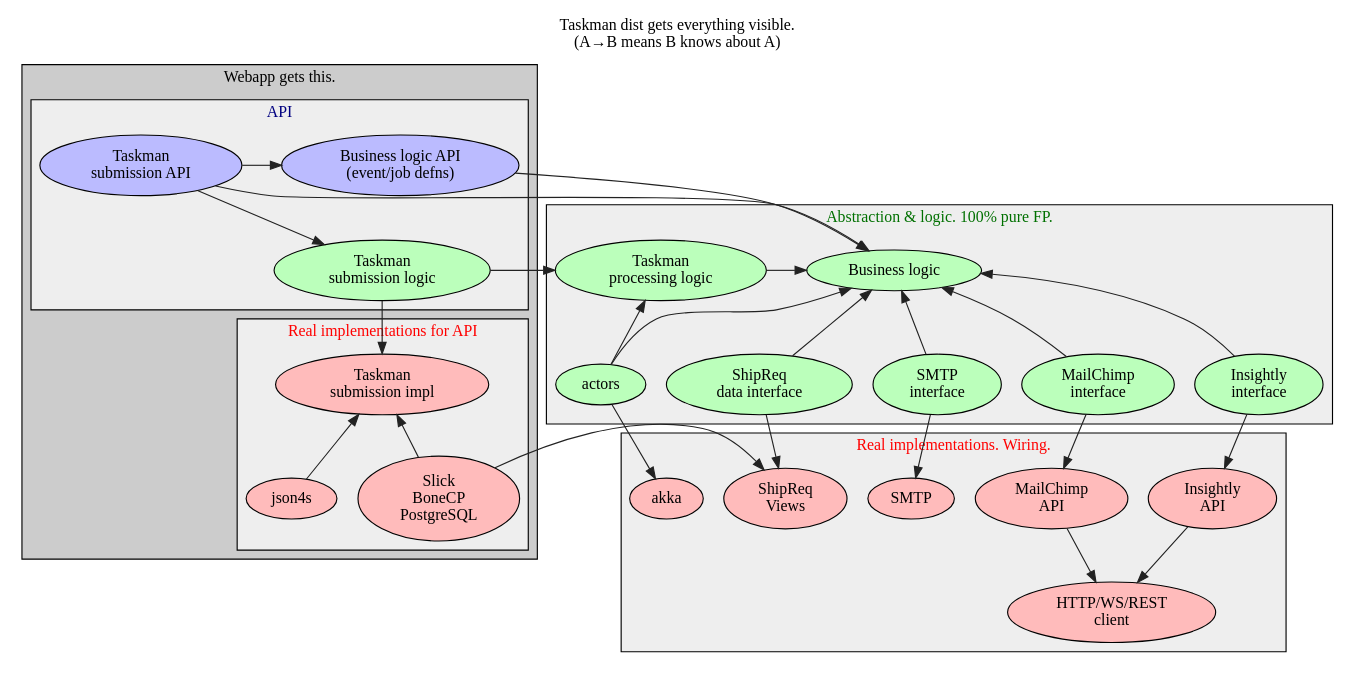
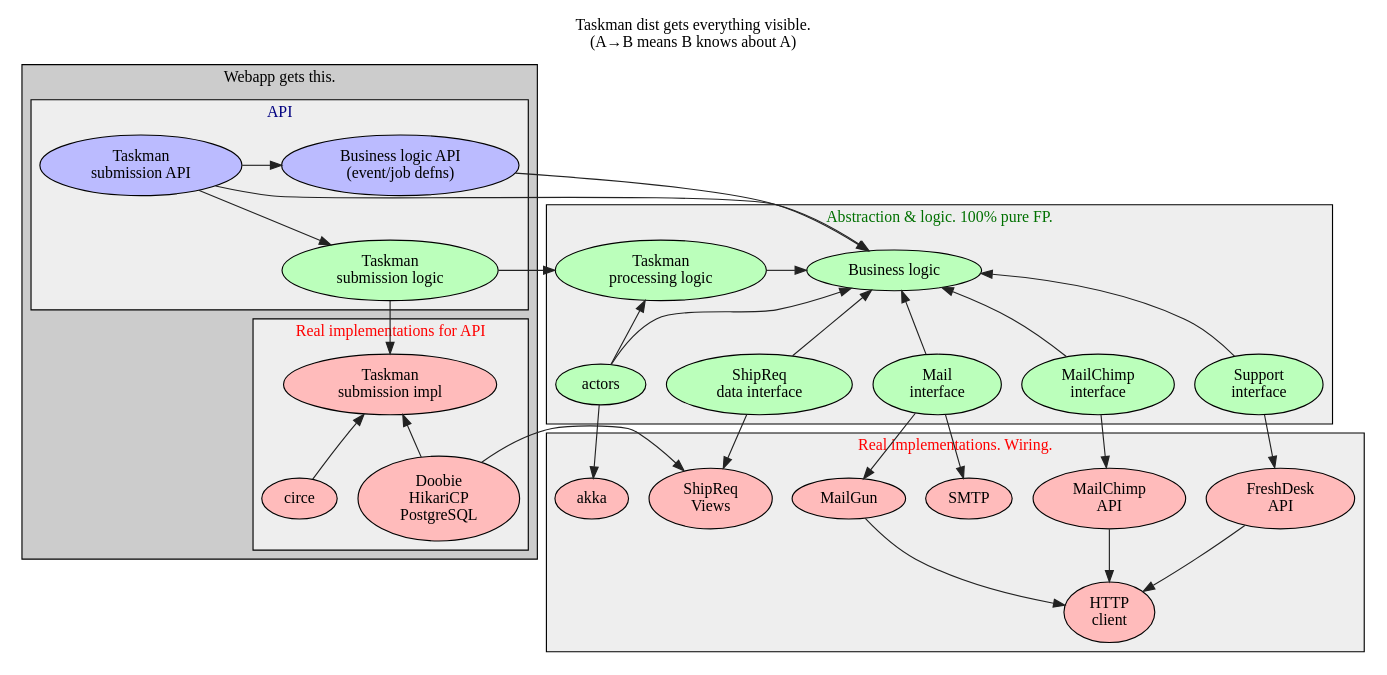
Before and after one commit to shipreq/shipreq: the diagram in Design/taskman-modules.gv, drawn with Graphviz. The commit also changed 10 other files, not shown here.

Commit message:
Update doc & diagrams

```diff
--- a/Design/taskman-modules.gv
+++ b/Design/taskman-modules.gv
@@ -1,69 +1,70 @@
 digraph G {
 compound=true
 labelloc=t
 node[style=filled]
 edge[color="#222222"]
 label="Taskman dist gets everything visible.\n(A→B means B knows about A)"
 
 subgraph cluster_abs {
   label="Abstraction & logic. 100% pure FP." style=filled fillcolor="#eeeeee" fontcolor="#007000" node[fillcolor="#bbffbb"]
   dbv [label="ShipReq\ndata interface"]
-  smtp [label="SMTP\ninterface"]
+  mail [label="Mail\ninterface"]
   mc [label="MailChimp\ninterface"]
-  crm [label="Insightly\ninterface"]
+  support [label="Support\ninterface"]
   actors
   bl [label="Business logic"]
   tl [label="Taskman\nprocessing logic"]
 }
 
 subgraph cluster_real {
   label="Real implementations. Wiring." style=filled fillcolor="#eeeeee" fontcolor=red node[fillcolor="#ffbbbb"]
   _dbv [label="ShipReq\nViews"]
   _smtp [label="SMTP"]
+  _mg [label="MailGun"]
   _mc [label="MailChimp\nAPI"]
-  _crm [label="Insightly\nAPI"]
+  _fd [label="FreshDesk\nAPI"]
   akka
-  http [label="HTTP/WS/REST\nclient"]
+  http [label="HTTP\nclient"]
 }
 
 subgraph cluster_public {
   label="Webapp gets this." style=filled fillcolor="#cccccc"
 
   subgraph cluster_api {
     label="API" style=filled fillcolor="#eeeeee" fontcolor="#000080" node[fillcolor="#bbbbff"]
     bla [label="Business logic API\n(event/job defns)"]
     tla [label="Taskman\nsubmission API"]
     tsl [label="Taskman\nsubmission logic" fillcolor="#bbffbb"]
   }
 
   subgraph cluster_realp {
     label="Real implementations for API" style=filled fillcolor="#eeeeee" fontcolor=red node[fillcolor="#ffbbbb"]
     _tsl [label="Taskman\nsubmission impl"]
-    json4s
-    postgres [label="Slick\nBoneCP\nPostgreSQL"]
+    circe
+    postgres [label="Doobie\nHikariCP\nPostgreSQL"]
   }
 }
 
 
 dbv -> _dbv
-smtp -> _smtp
+mail -> _smtp,_mg
 mc -> _mc
-crm -> _crm
+support -> _fd
 actors -> akka
 
 tl -> actors [dir=back]
-bl -> dbv,smtp,mc,crm,actors [dir=back]
+bl -> support,dbv,mail,mc,actors [dir=back]
 tl -> bl [minlen=2 constraint=false]
 
 tsl -> _tsl
 // bla -> _tsl
 tla -> bla [minlen=2 constraint=false]
 tla,bla -> bl
 tla -> tsl
 tsl -> tl
 
-_mc,_crm -> http
+_mc,_mg,_fd -> http
 _tsl,_dbv -> postgres [dir=back]
-_tsl -> json4s [dir=back]
+_tsl -> circe [dir=back]
 
 }
```
